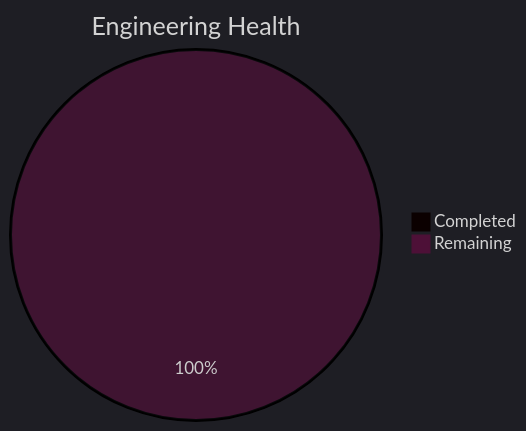
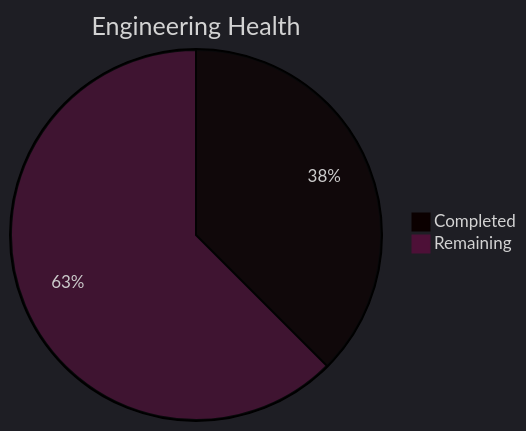
The third of 5 diagrams in tools/SK8Lytz_Bucket_List.md (Neogleamz/SK8Lytz), drawn with Mermaid before and after one commit. The commit also changed other lines of this file, not shown here.

````diff
--- a/tools/SK8Lytz_Bucket_List.md
+++ b/tools/SK8Lytz_Bucket_List.md
@@ -35,6 +35,6 @@
 ```mermaid
 %%{init: {'theme': 'dark'}}%%
 pie title Engineering Health
-  "Completed" : 0
-  "Remaining" : 8
+  "Completed" : 3
+  "Remaining" : 5
 ```
````
